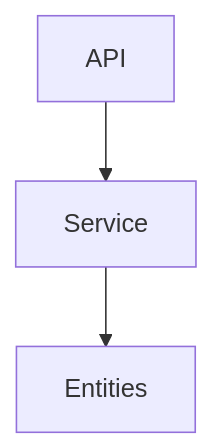
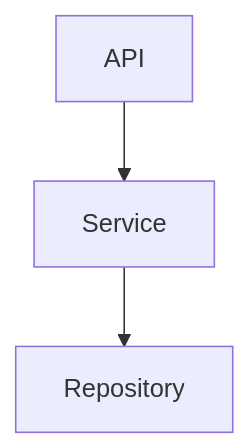
The diagram in openspec/specs/architecture/spec.md (laurentftech/NoteCast), drawn with Mermaid before and after one commit. The commit also changed other lines of this file and 26 other files, not shown here.

````diff
--- a/openspec/specs/architecture/spec.md
+++ b/openspec/specs/architecture/spec.md
@@ -41,8 +40,8 @@
 ```mermaid
 graph TB
     API[API]
     API --> Service
     Service[Service]
-    Service --> Entities
-    Entities[Entities]
+    Service --> Repository
+    Repository[Repository]
 ```
````
